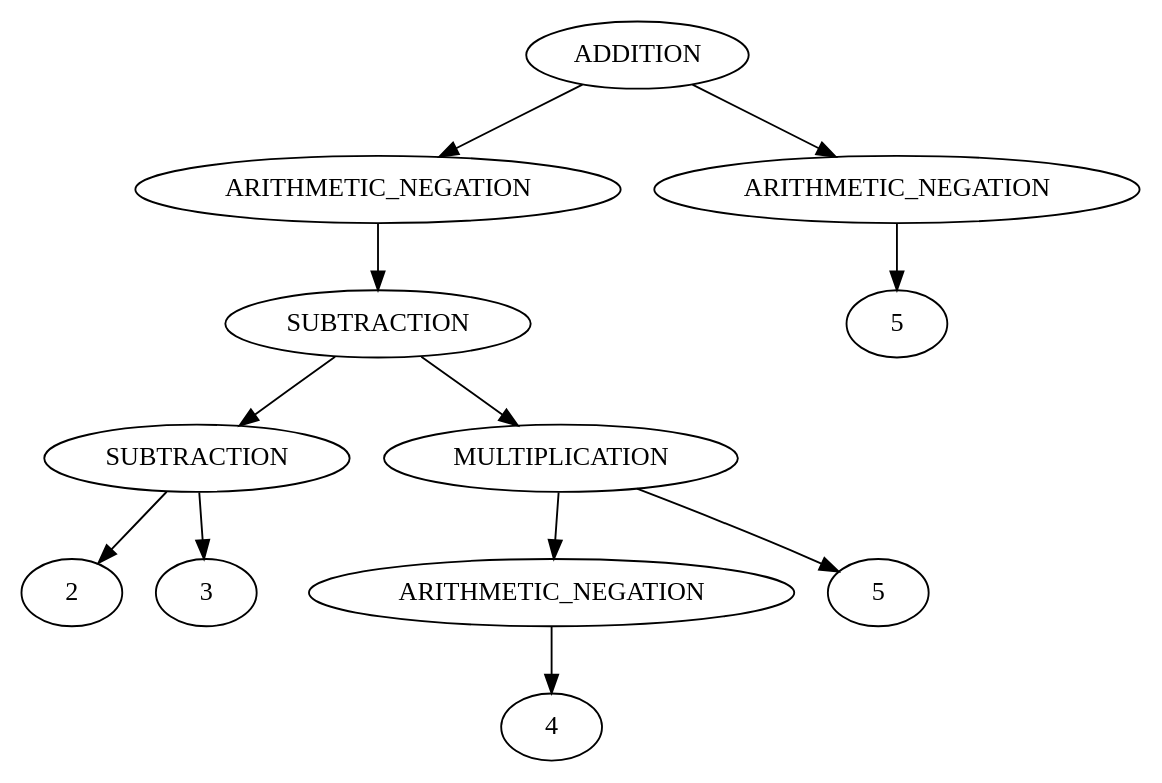
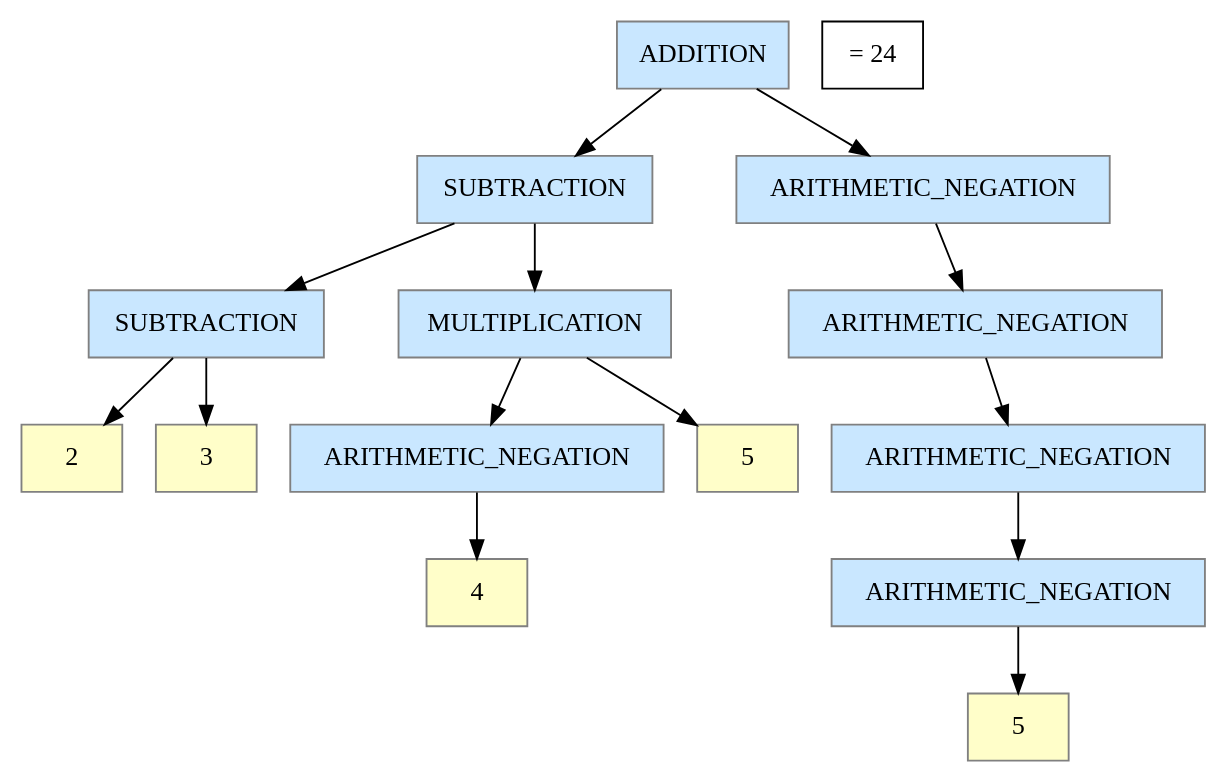
The diagram in samples/simple-graph.dot (viafanasyev/ast-builder), drawn with Graphviz before and after one commit. The commit also changed 33 other files, not shown here.

```diff
--- a/samples/simple-graph.dot
+++ b/samples/simple-graph.dot
@@ -1,25 +1,30 @@
 digraph AST {
-0 [label="ADDITION"];
+0 [label="ADDITION", shape=box, style=filled, color="grey", fillcolor="#C9E7FF"];
 0->1
-1 [label="ARITHMETIC_NEGATION"];
+1 [label="SUBTRACTION", shape=box, style=filled, color="grey", fillcolor="#C9E7FF"];
 1->2
-2 [label="SUBTRACTION"];
+2 [label="SUBTRACTION", shape=box, style=filled, color="grey", fillcolor="#C9E7FF"];
 2->3
-3 [label="SUBTRACTION"];
-3->4
-4 [label="2"];
-3->5
-5 [label="3"];
-2->6
-6 [label="MULTIPLICATION"];
+3 [label="2", shape=box, style=filled, color="grey", fillcolor="#FFFEC9"];
+2->4
+4 [label="3", shape=box, style=filled, color="grey", fillcolor="#FFFEC9"];
+1->5
+5 [label="MULTIPLICATION", shape=box, style=filled, color="grey", fillcolor="#C9E7FF"];
+5->6
+6 [label="ARITHMETIC_NEGATION", shape=box, style=filled, color="grey", fillcolor="#C9E7FF"];
 6->7
-7 [label="ARITHMETIC_NEGATION"];
-7->8
-8 [label="4"];
-6->9
-9 [label="5"];
-0->10
-10 [label="ARITHMETIC_NEGATION"];
+7 [label="4", shape=box, style=filled, color="grey", fillcolor="#FFFEC9"];
+5->8
+8 [label="5", shape=box, style=filled, color="grey", fillcolor="#FFFEC9"];
+0->9
+9 [label="ARITHMETIC_NEGATION", shape=box, style=filled, color="grey", fillcolor="#C9E7FF"];
+9->10
+10 [label="ARITHMETIC_NEGATION", shape=box, style=filled, color="grey", fillcolor="#C9E7FF"];
 10->11
-11 [label="5"];
+11 [label="ARITHMETIC_NEGATION", shape=box, style=filled, color="grey", fillcolor="#C9E7FF"];
+11->12
+12 [label="ARITHMETIC_NEGATION", shape=box, style=filled, color="grey", fillcolor="#C9E7FF"];
+12->13
+13 [label="5", shape=box, style=filled, color="grey", fillcolor="#FFFEC9"];
+"= 24" [shape=box];
 }
```
